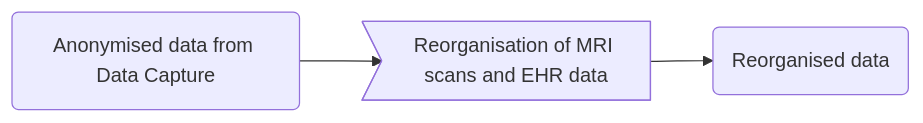
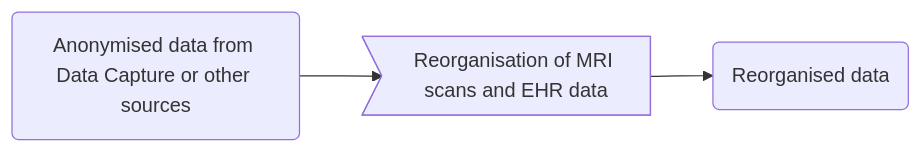
The second of 2 diagrams in content/data-factory/pipelines.md (HBPMedical/specifications), drawn with Mermaid before and after one commit. The commit also changed other lines of this file, not shown here.

```diff
--- a/content/data-factory/pipelines.md
+++ b/content/data-factory/pipelines.md
@@ -12,8 +30,8 @@
 {{<mermaid align="left">}}
 graph LR
-        data_in(Anonymised data from Data Capture)
+        data_in(Anonymised data from Data Capture or other sources)
         data_out(Reorganised data)
         processing> Reorganisation of MRI scans and EHR data]
         data_in --> processing
         processing --> data_out
 {{< /mermaid >}}
```
